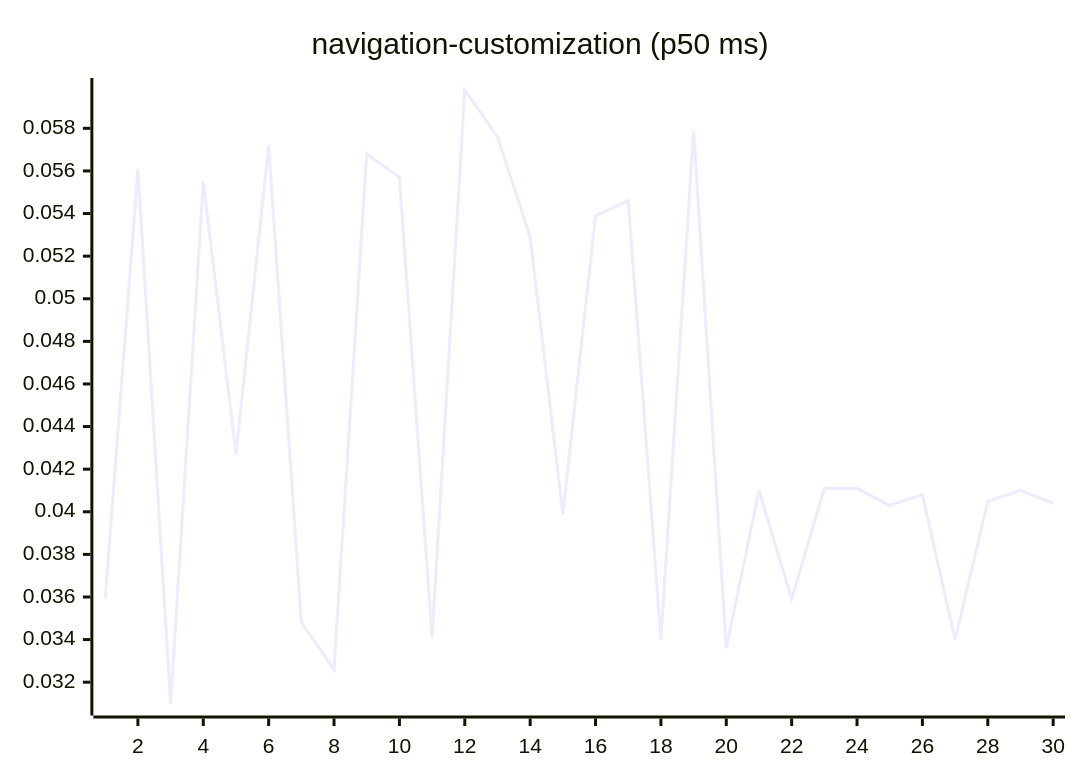
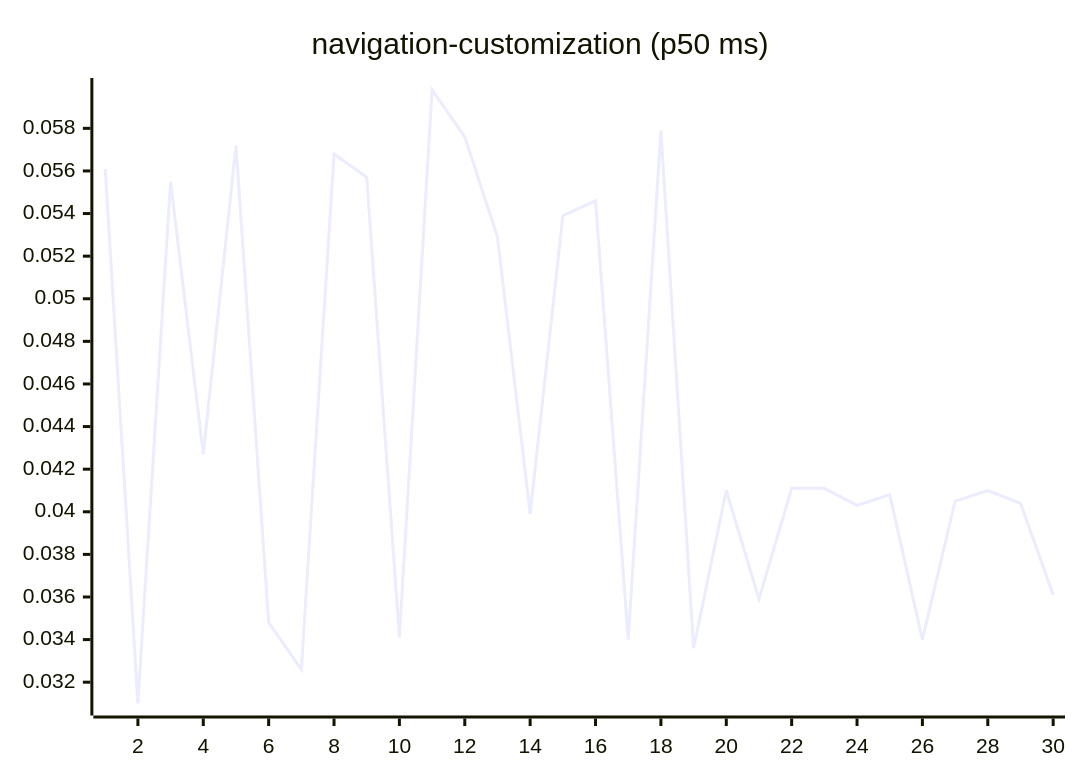
Before and after one commit to josha/Facet: diagram 15 of 27 in README.md, drawn with Mermaid. The commit also changed other lines of this file and 2 other files, not shown here.

````diff
--- a/README.md
+++ b/README.md
@@ -161,6 +161,6 @@
 ```mermaid
 xychart-beta
     title "navigation-customization (p50 ms)"
     x-axis 1 --> 30
-    line [0.0359, 0.0561, 0.0310, 0.0555, 0.0427, 0.0572, 0.0348, 0.0326, 0.0568, 0.0557, 0.0341, 0.0598, 0.0576, 0.0529, 0.0399, 0.0539, 0.0546, 0.0340, 0.0579, 0.0336, 0.0410, 0.0359, 0.0411, 0.0411, 0.0403, 0.0408, 0.0340, 0.0405, 0.0410, 0.0404]
+    line [0.0561, 0.0310, 0.0555, 0.0427, 0.0572, 0.0348, 0.0326, 0.0568, 0.0557, 0.0341, 0.0598, 0.0576, 0.0529, 0.0399, 0.0539, 0.0546, 0.0340, 0.0579, 0.0336, 0.0410, 0.0359, 0.0411, 0.0411, 0.0403, 0.0408, 0.0340, 0.0405, 0.0410, 0.0404, 0.0361]
 ```
````
